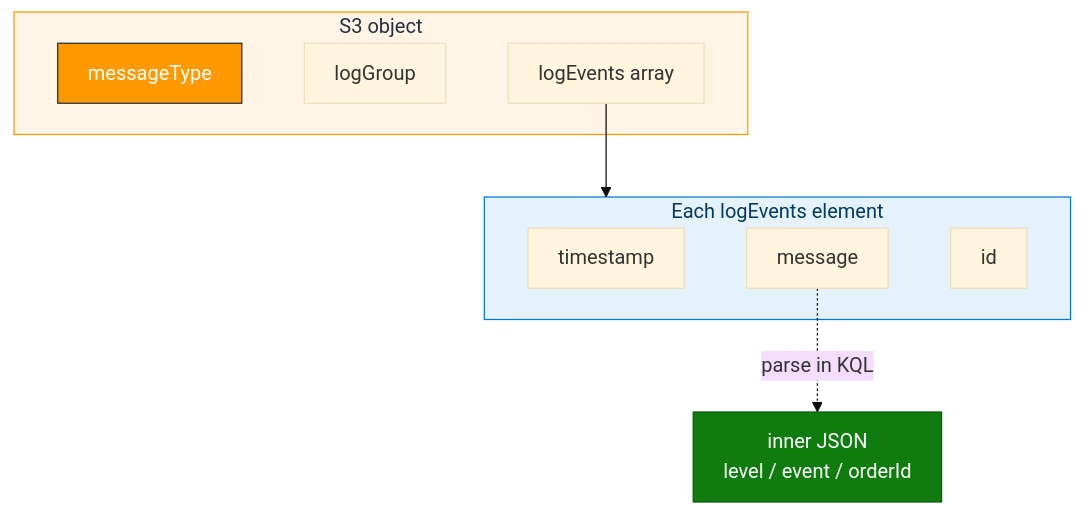
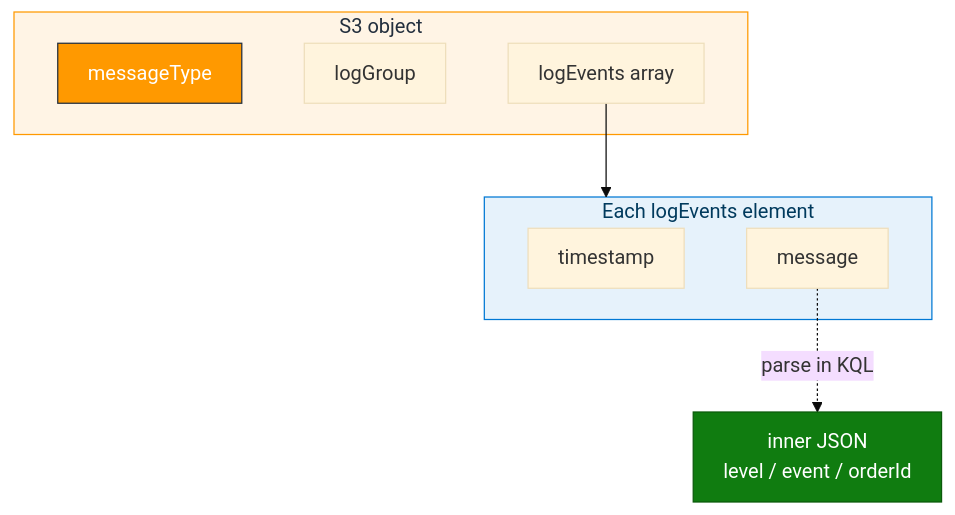
Before and after one commit to atingupta2005/adx-aws-training-aug-26: the second of 2 diagrams in Module_03_AWS_CloudWatch/03_CloudWatch_to_ADX_Concepts.md, drawn with Mermaid. The commit also changed other lines of this file and 9 other files, not shown here.

````diff
--- a/Module_03_AWS_CloudWatch/03_CloudWatch_to_ADX_Concepts.md
+++ b/Module_03_AWS_CloudWatch/03_CloudWatch_to_ADX_Concepts.md
@@ -42,20 +40,19 @@
 ```mermaid
 %%{init: {"theme":"base","flowchart":{"htmlLabels":true,"padding":12}}}%%
 flowchart TB
   subgraph s3file [S3 object]
     MT["messageType"]
     LG["logGroup"]
     LE["logEvents array"]
   end
   subgraph event [Each logEvents element]
     TS["timestamp"]
     MSG["message"]
-    ID["id"]
   end
   LE --> event
   MSG -.->|"parse in KQL"| INNER["inner JSON<br/>level / event / orderId"]
   style s3file fill:#FFF4E5,stroke:#FF9900,color:#232F3E
   style event fill:#E6F2FB,stroke:#0078D4,color:#003A5D
   style MT fill:#FF9900,stroke:#232F3E,color:#fff
   style INNER fill:#107C10,stroke:#0B5A0B,color:#fff
 ```
````
